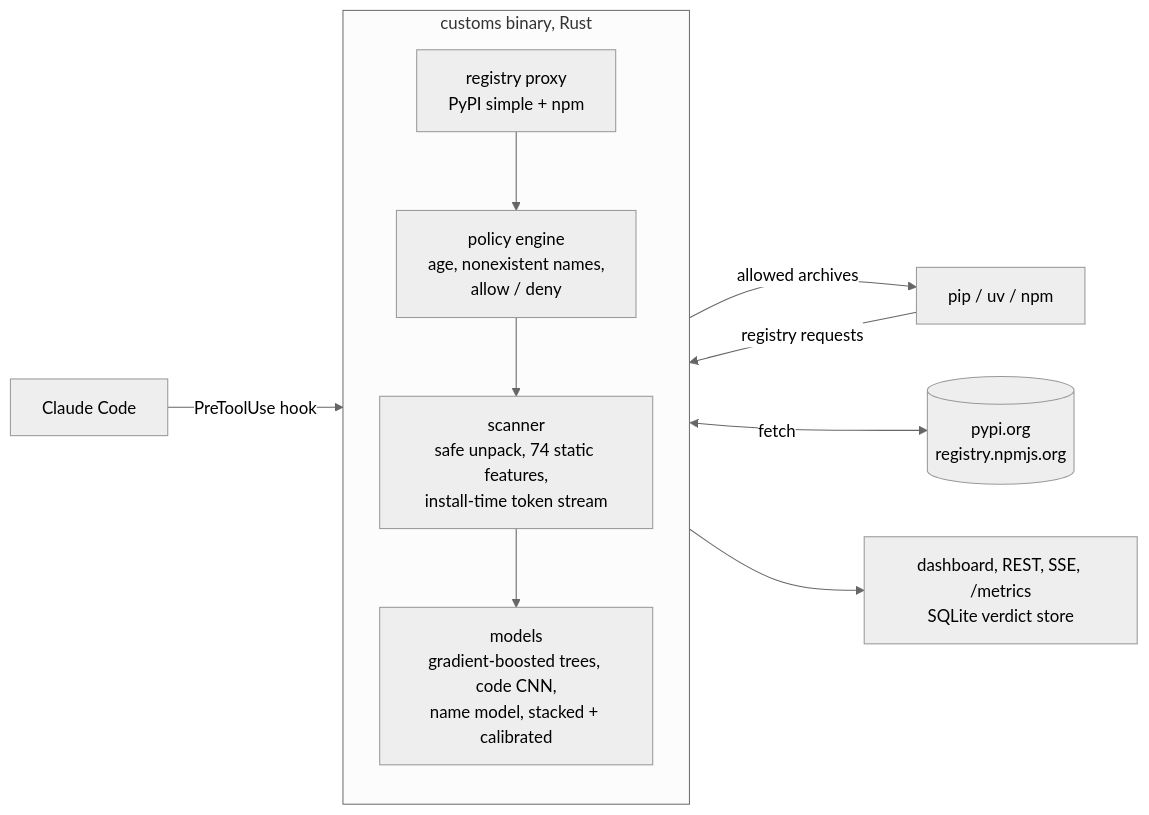
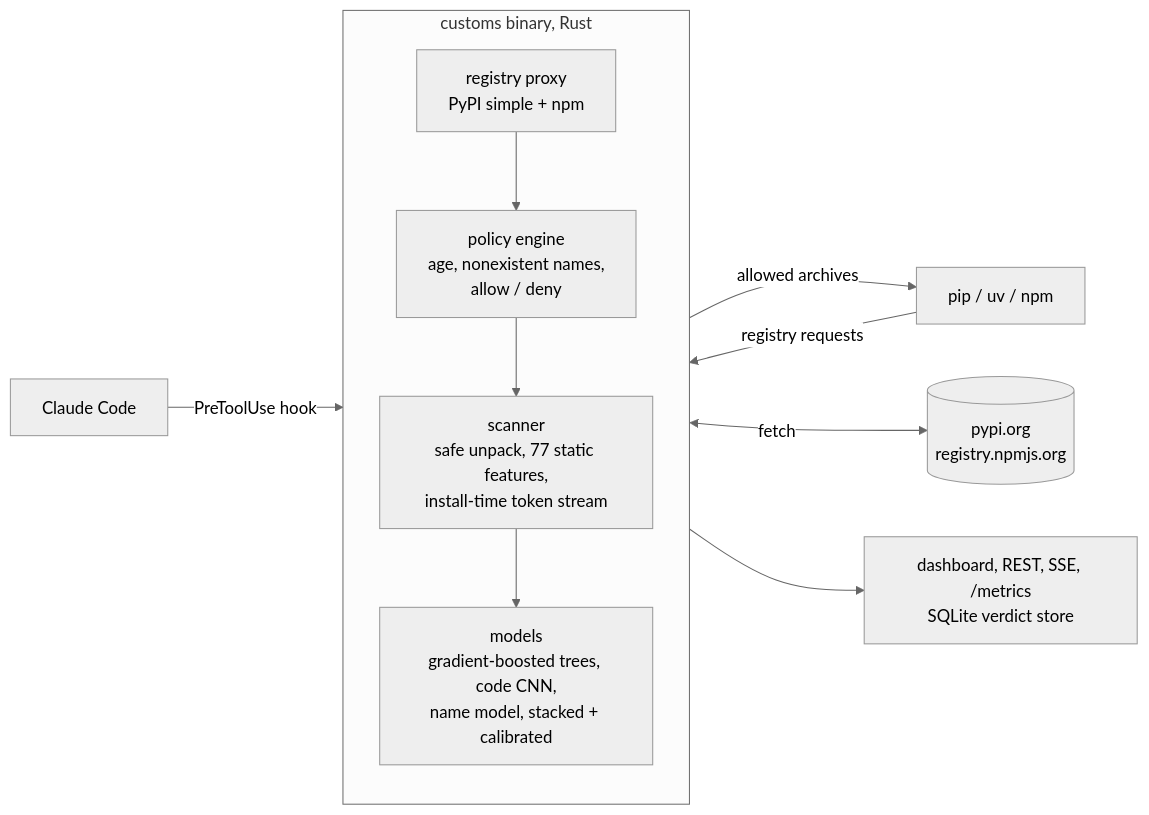
One commit to yib7/customs changed the diagram in README.md. Above: the diagram before and after it, drawn with Mermaid (neutral theme). The commit also changed other lines of this file and 6 other files, not shown here.

````diff
--- a/README.md
+++ b/README.md
@@ -45,14 +45,14 @@
 ```mermaid
 flowchart LR
     A[pip / uv / npm] -->|registry requests| P
     C[Claude Code] -->|PreToolUse hook| P
     subgraph P[customs binary, Rust]
       direction TB
       R[registry proxy<br/>PyPI simple + npm] --> POL[policy engine<br/>age, nonexistent names,<br/>allow / deny]
-      POL --> S[scanner<br/>safe unpack, 74 static features,<br/>install-time token stream]
+      POL --> S[scanner<br/>safe unpack, 77 static features,<br/>install-time token stream]
       S --> M[models<br/>gradient-boosted trees, code CNN,<br/>name model, stacked + calibrated]
     end
     P -->|allowed archives| A
     P <-->|fetch| U[(pypi.org<br/>registry.npmjs.org)]
     P --> D[dashboard, REST, SSE, /metrics<br/>SQLite verdict store]
 ```
````
